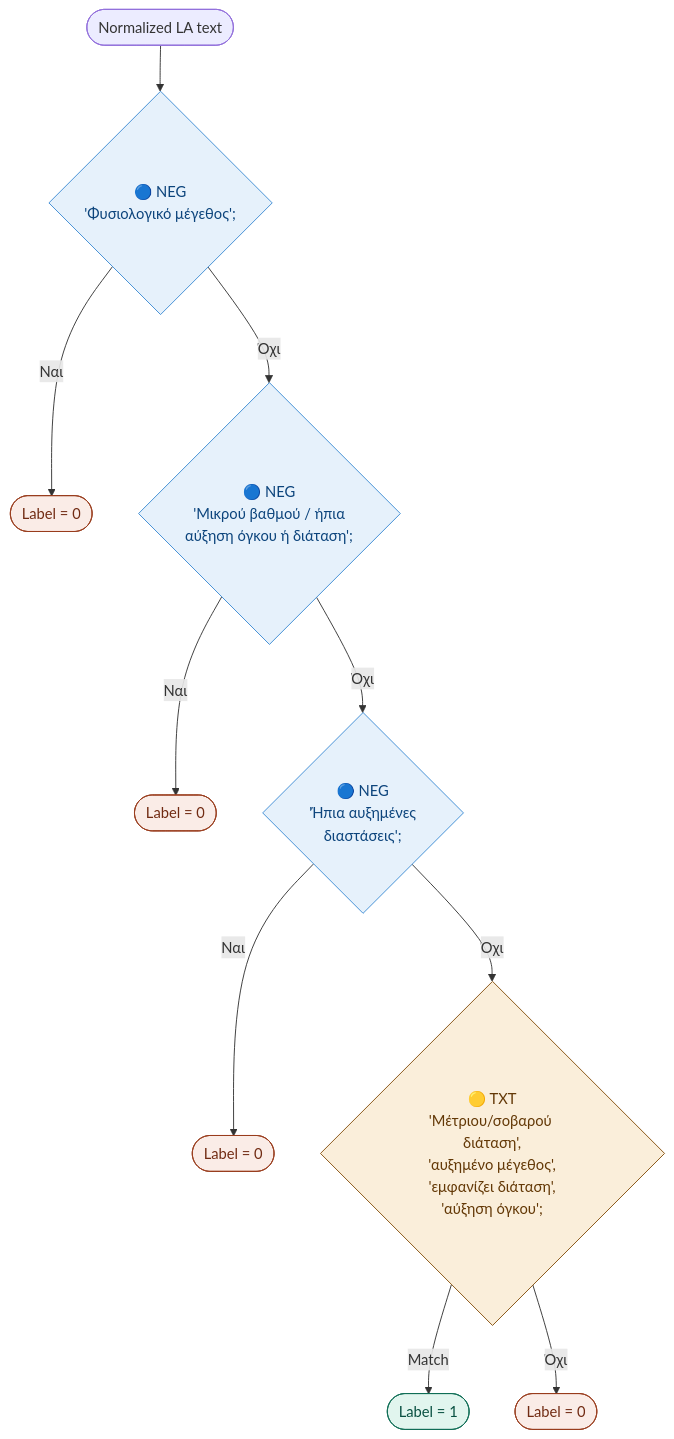
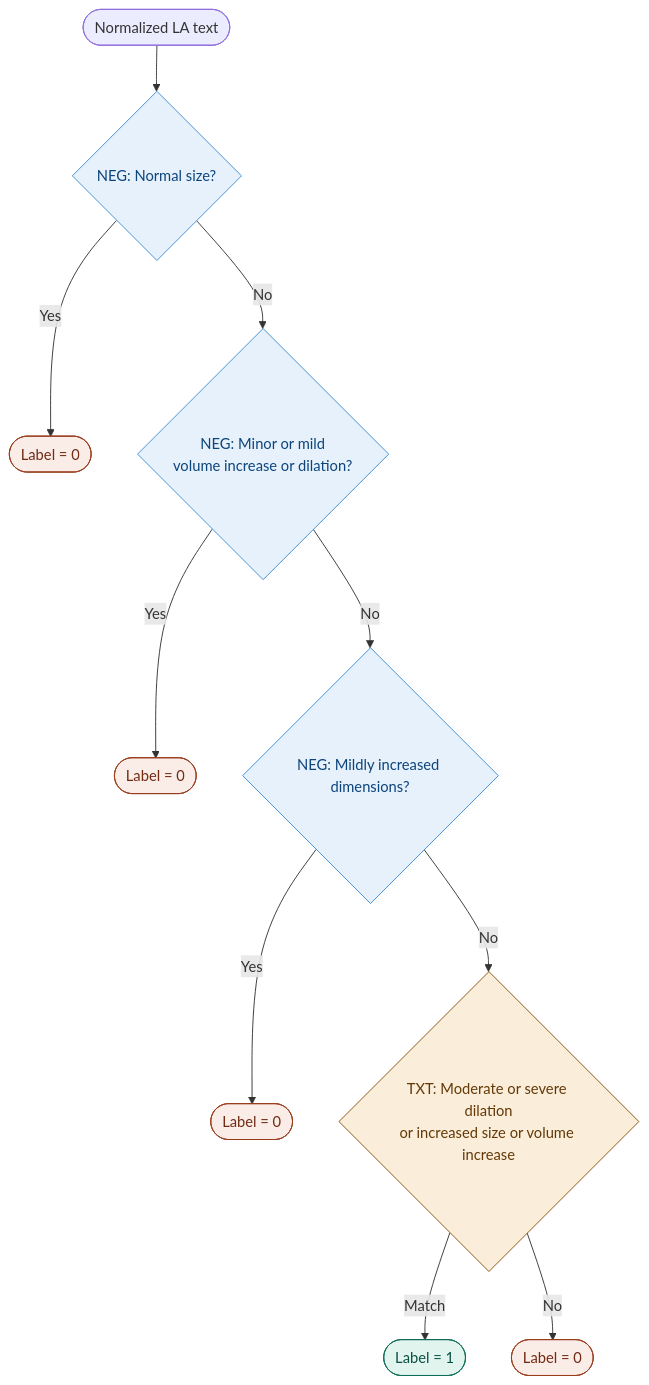
Before and after one commit to evatsioumani/Echo: the fifth of 17 diagrams in BINARY_EXTRACTION.md, drawn with Mermaid. The commit also changed other lines of this file, not shown here.

````diff
--- a/BINARY_EXTRACTION.md
+++ b/BINARY_EXTRACTION.md
@@ -130,22 +132,22 @@
 ```mermaid
 flowchart TD
-    A([Normalized LA text]) --> B{🔵 NEG\n'Φυσιολογικό μέγεθος';}
-    B -->|Ναι| Z0([Label = 0])
-    B -->|Όχι| C{🔵 NEG\n'Μικρού βαθμού / ήπια\nαύξηση όγκου ή διάταση';}
-    C -->|Ναι| Z0b([Label = 0])
-    C -->|Όχι| D{🔵 NEG\n'Ήπια αυξημένες\nδιαστάσεις';}
-    D -->|Ναι| Z0c([Label = 0])
-    D -->|Όχι| E{🟡 TXT\n'Μέτριου/σοβαρού διάταση',\n'αυξημένο μέγεθος',\n'εμφανίζει διάταση',\n'αύξηση όγκου';}
+    A([Normalized LA text]) --> B{NEG: Normal size?}
+    B -->|Yes| Z0([Label = 0])
+    B -->|No| C{NEG: Minor or mild\nvolume increase or dilation?}
+    C -->|Yes| Z0b([Label = 0])
+    C -->|No| D{NEG: Mildly increased dimensions?}
+    D -->|Yes| Z0c([Label = 0])
+    D -->|No| E{TXT: Moderate or severe dilation\nor increased size or volume increase}
     E -->|Match| Z1([Label = 1])
-    E -->|Όχι| Z0d([Label = 0])
+    E -->|No| Z0d([Label = 0])
 
     style Z0 fill:#FAECE7,stroke:#993C1D,color:#712B13
     style Z0b fill:#FAECE7,stroke:#993C1D,color:#712B13
     style Z0c fill:#FAECE7,stroke:#993C1D,color:#712B13
     style Z0d fill:#FAECE7,stroke:#993C1D,color:#712B13
     style Z1 fill:#E1F5EE,stroke:#0F6E56,color:#085041
     style B fill:#E6F1FB,stroke:#3B8BD4,color:#0C447C
     style C fill:#E6F1FB,stroke:#3B8BD4,color:#0C447C
     style D fill:#E6F1FB,stroke:#3B8BD4,color:#0C447C
     style E fill:#FAEEDA,stroke:#854F0B,color:#633806
 ```
````
